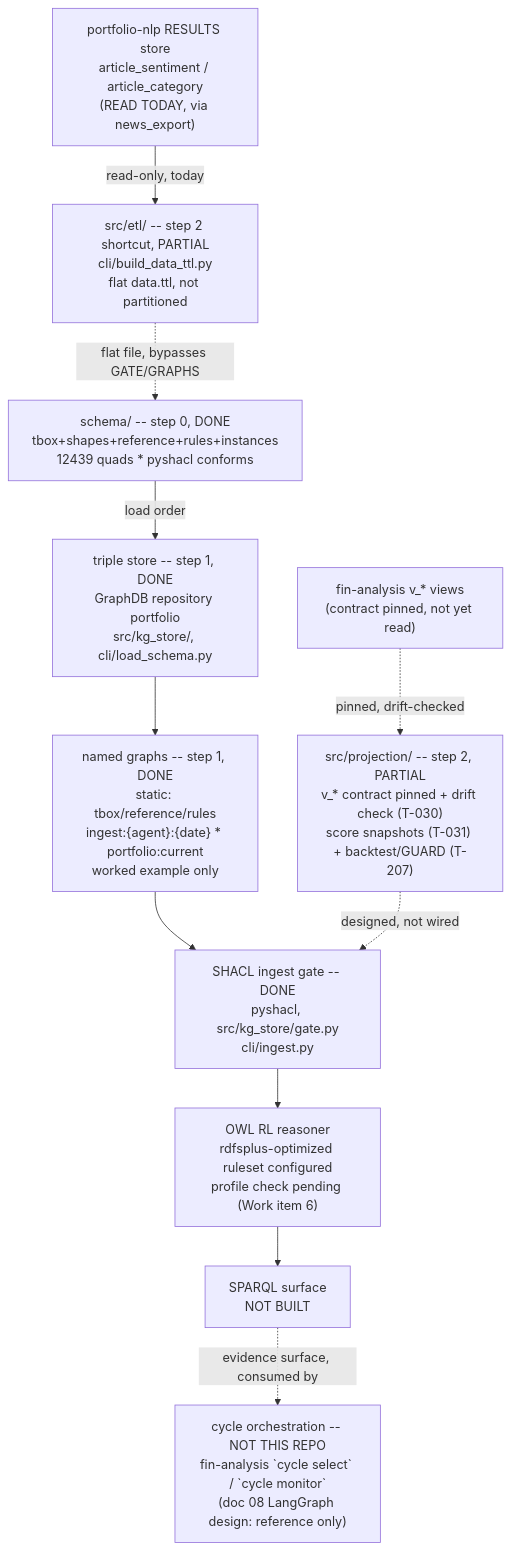
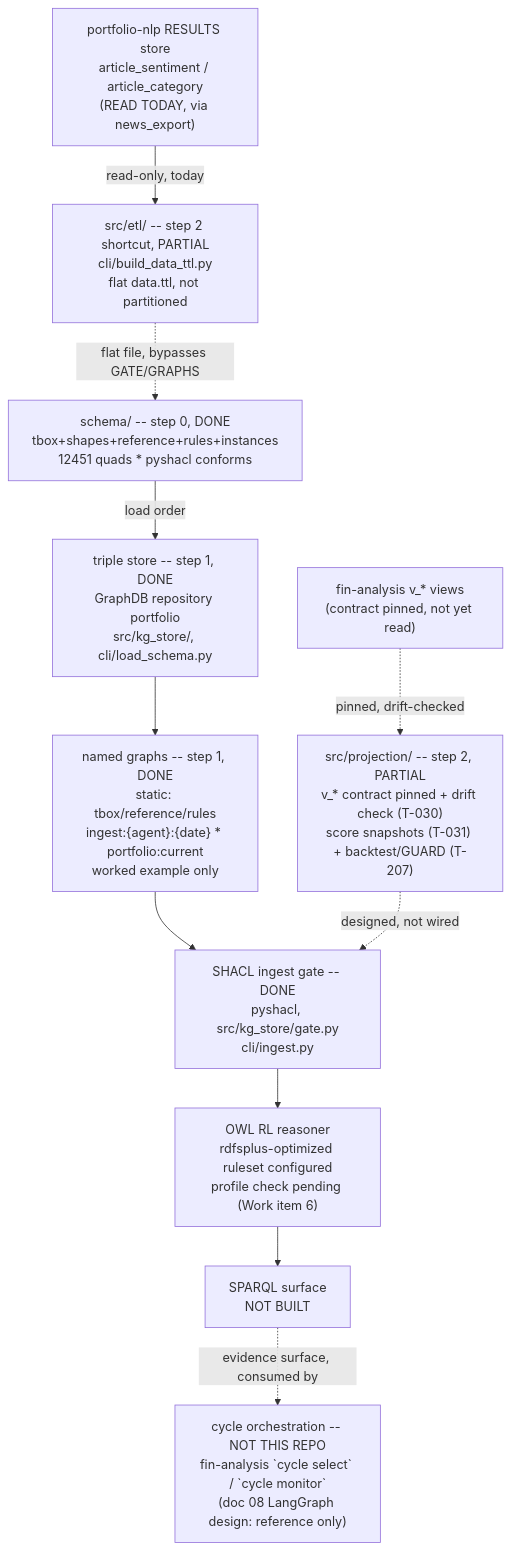
Before and after one commit to gamug/portfolio-knowledge-graph: the diagram in .specify/memory/SPEC.md, drawn with Mermaid. The commit also changed other lines of this file and 21 other files, not shown here.

````diff
--- a/.specify/memory/SPEC.md
+++ b/.specify/memory/SPEC.md
@@ -1046,22 +1055,22 @@
 ```mermaid
 flowchart TB
-    SCHEMA["schema/ -- step 0, DONE<br/>tbox+shapes+reference+rules+instances<br/>12439 quads * pyshacl conforms"]
+    SCHEMA["schema/ -- step 0, DONE<br/>tbox+shapes+reference+rules+instances<br/>12451 quads * pyshacl conforms"]
     STORE["triple store -- step 1, DONE<br/>GraphDB repository portfolio<br/>src/kg_store/, cli/load_schema.py"]
     GRAPHS["named graphs -- step 1, DONE<br/>static: tbox/reference/rules<br/>ingest:{agent}:{date} * portfolio:current<br/>worked example only"]
     GATE["SHACL ingest gate -- DONE<br/>pyshacl, src/kg_store/gate.py<br/>cli/ingest.py"]
     PROJ["src/projection/ -- step 2, PARTIAL<br/>v_* contract pinned + drift check (T-030)<br/>score snapshots (T-031) + backtest/GUARD (T-207)"]
     FIN["fin-analysis v_* views<br/>(contract pinned, not yet read)"]
     NLPRES["portfolio-nlp RESULTS store<br/>article_sentiment / article_category<br/>(READ TODAY, via news_export)"]
     ETL["src/etl/ -- step 2 shortcut, PARTIAL<br/>cli/build_data_ttl.py<br/>flat data.ttl, not partitioned"]
     REASON["OWL RL reasoner<br/>rdfsplus-optimized ruleset configured<br/>profile check pending (Work item 6)"]
     SPARQL["SPARQL surface<br/>NOT BUILT"]
     AGENTS["cycle orchestration -- NOT THIS REPO<br/>fin-analysis `cycle select` / `cycle monitor`<br/>(doc 08 LangGraph design: reference only)"]
 
     SCHEMA -->|load order| STORE --> GRAPHS --> GATE
     FIN -.->|pinned, drift-checked| PROJ
     PROJ -.->|designed, not wired| GATE
     NLPRES -->|read-only, today| ETL
     ETL -.->|flat file, bypasses GATE/GRAPHS| SCHEMA
     GATE --> REASON --> SPARQL
     SPARQL -.->|evidence surface, consumed by| AGENTS
 ```
````
